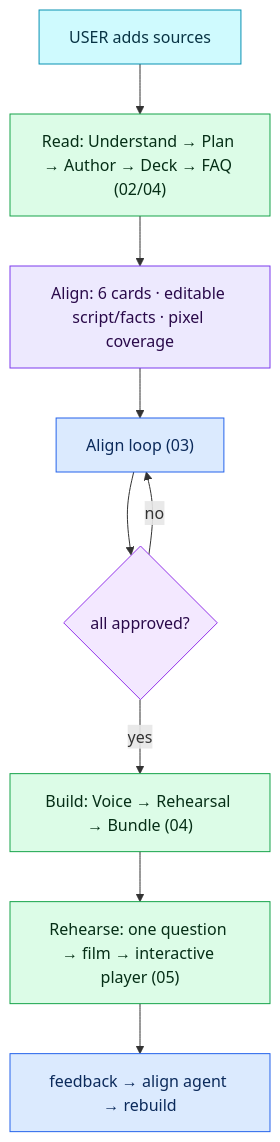
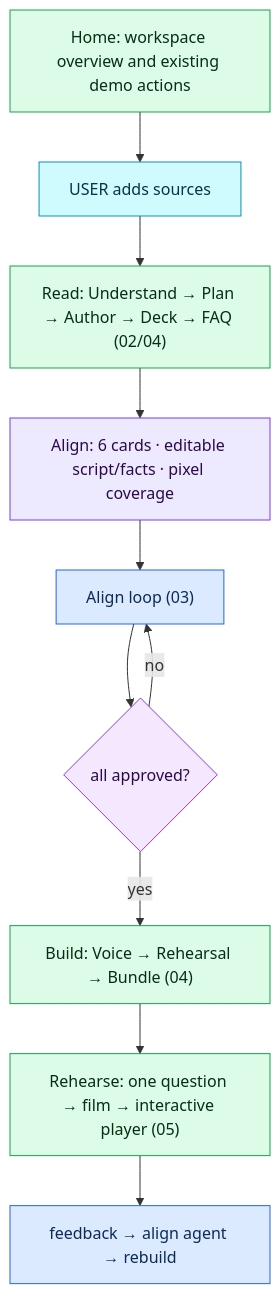
Before and after one commit to APareek89/demo-studio: the diagram in docs/ARCHITECTURE_FLOW.md, drawn with Mermaid. The commit also changed other lines of this file and 85 other files, not shown here.

````diff
--- a/docs/ARCHITECTURE_FLOW.md
+++ b/docs/ARCHITECTURE_FLOW.md
@@ -67,12 +69,13 @@
 ```mermaid
 %% see docs/mermaid/01-master.mmd
 flowchart TD
+  HOME["Home: workspace overview and existing demo actions"]:::fn --> U
   U["USER adds sources"]:::ask --> READ["Read: Understand → Plan → Author → Deck → FAQ (02/04)"]:::fn --> CARDS["Align: 6 cards · editable script/facts · pixel coverage"]:::data --> ALIGN["Align loop (03)"]:::agent --> APPR{"all approved?"}:::dec
   APPR -- "yes" --> BUILD["Build: Voice → Rehearsal → Bundle (04)"]:::fn --> PLAY["Rehearse: one question → film → interactive player (05)"]:::fn --> FB["feedback → align agent → rebuild"]:::agent
   APPR -- "no" --> ALIGN
   classDef agent fill:#dbeafe,stroke:#2563eb,color:#0b2a5b;
   classDef fn fill:#dcfce7,stroke:#16a34a,color:#052e16;
   classDef dec fill:#f3e8ff,stroke:#9333ea,color:#2a0a4a;
   classDef data fill:#ede9fe,stroke:#7c3aed,color:#2a0a4a;
   classDef ask fill:#cffafe,stroke:#0891b2,color:#083344;
 ```
````
